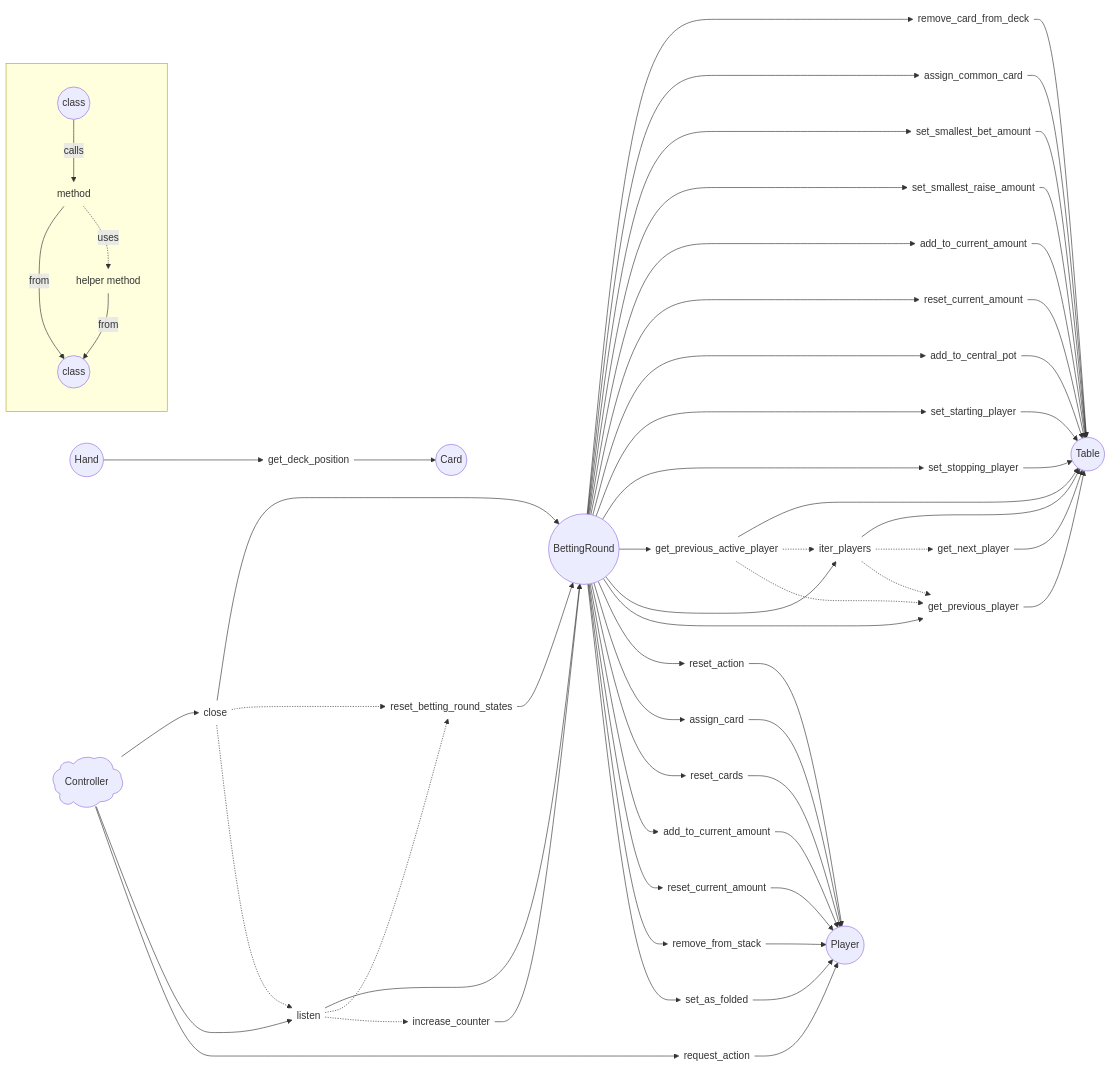
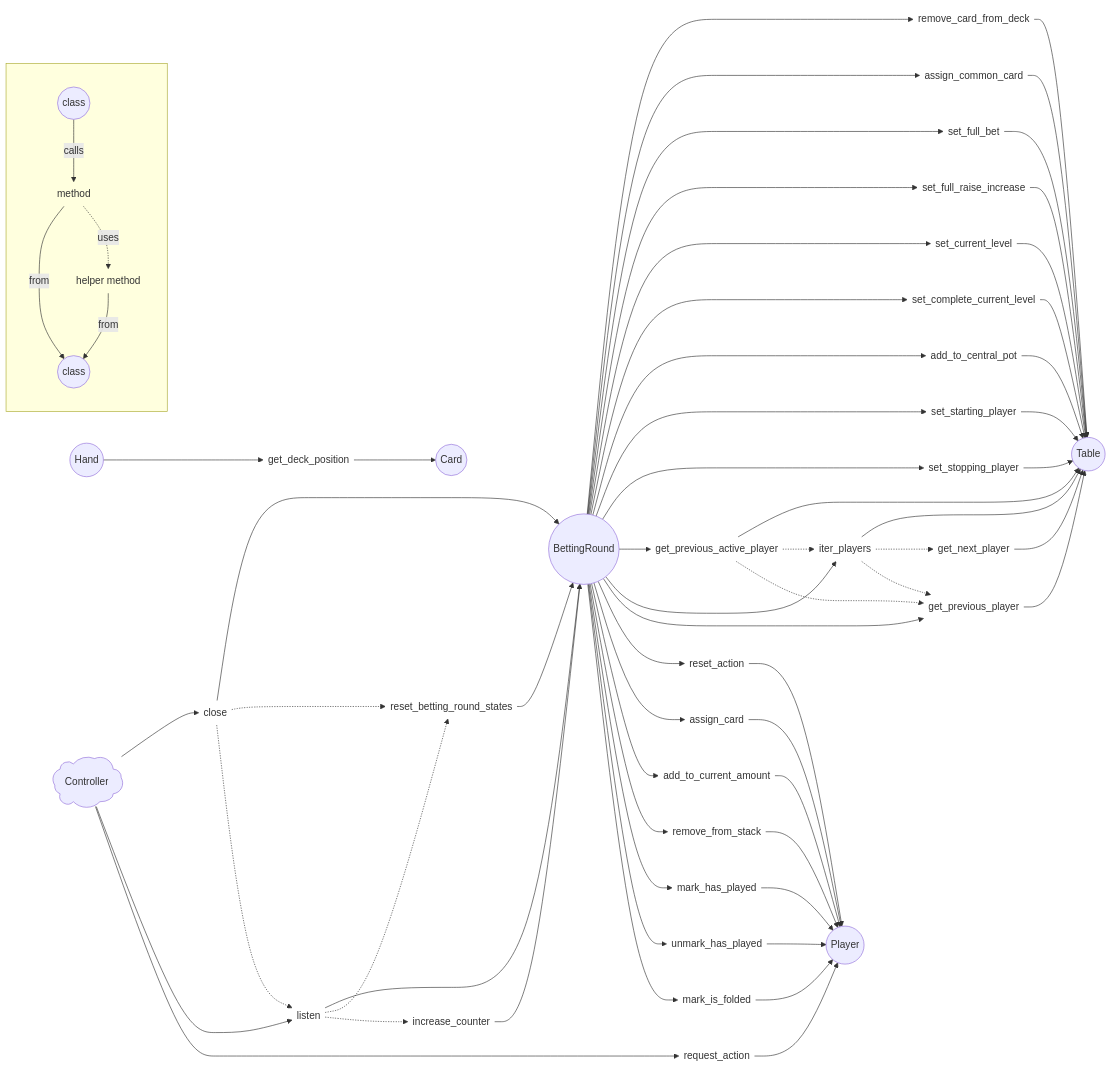
One commit to jorsaland/pokerpy changed the diagram in MODEL.md. Above: the diagram before and after it, drawn with Mermaid.

Commit message:
feat: updated model graph to changes in Player and Table classes

```diff
--- a/MODEL.md
+++ b/MODEL.md
@@ -27,10 +27,10 @@
     T(Table)@{ shape: circle }
     T.remove_card_from_deck(remove_card_from_deck)@{ shape: text } --> T
     T.assign_common_card(assign_common_card)@{ shape: text } --> T
-    T.set_smallest_bet_amount(set_smallest_bet_amount)@{ shape: text } --> T
-    T.set_smallest_raise_amount(set_smallest_raise_amount)@{ shape: text } --> T
-    T.add_to_current_amount(add_to_current_amount)@{ shape: text } --> T
-    T.reset_current_amount(reset_current_amount)@{ shape: text } --> T
+    T.set_full_bet(set_full_bet)@{ shape: text } --> T
+    T.set_full_raise_increase(set_full_raise_increase)@{ shape: text } --> T
+    T.set_current_level(set_current_level)@{ shape: text } --> T
+    T.set_complete_current_level(set_complete_current_level)@{ shape: text } --> T
     T.add_to_central_pot(add_to_central_pot)@{ shape: text } --> T
     T.set_starting_player(set_starting_player)@{ shape: text } --> T
     T.set_stopping_player(set_stopping_player)@{ shape: text } --> T
@@ -45,11 +45,11 @@
     P.request_action(request_action)@{ shape: text } --> P
     P.reset_action(reset_action)@{ shape: text } --> P
     P.assign_card(assign_card)@{ shape: text } --> P
-    P.reset_cards(reset_cards)@{ shape: text } --> P
     P.add_to_current_amount(add_to_current_amount)@{ shape: text } --> P
-    P.reset_current_amount(reset_current_amount)@{ shape: text } --> P
     P.remove_from_stack(remove_from_stack)@{ shape: text } --> P
-    P.set_as_folded(set_as_folded)@{ shape: text } --> P
+    P.mark_has_played(mark_has_played)@{ shape: text } --> P
+    P.unmark_has_played(unmark_has_played)@{ shape: text } --> P
+    P.mark_is_folded(mark_is_folded)@{ shape: text } --> P
 
     H(Hand)@{ shape: circle }
 
@@ -61,27 +61,29 @@
 
     C --> BR.close
     C --> BR.listen
+
     C --> P.request_action
 
     BR --> T.remove_card_from_deck
     BR --> T.assign_common_card
-    BR --> T.set_smallest_bet_amount
-    BR --> T.set_smallest_raise_amount
-    BR --> T.add_to_current_amount
-    BR --> T.reset_current_amount
+    BR --> T.set_full_bet
+    BR --> T.set_full_raise_increase
+    BR --> T.set_current_level
+    BR --> T.set_complete_current_level
     BR --> T.add_to_central_pot
     BR --> T.set_starting_player
     BR --> T.set_stopping_player
     BR --> T.get_previous_active_player
     BR --> T.iter_players
     BR --> T.get_previous_player
+
     BR --> P.reset_action
     BR --> P.assign_card
-    BR --> P.reset_cards
     BR --> P.add_to_current_amount
-    BR --> P.reset_current_amount
     BR --> P.remove_from_stack
-    BR --> P.set_as_folded
+    BR --> P.mark_has_played
+    BR --> P.unmark_has_played
+    BR --> P.mark_is_folded
 
     H ---> Cd.get_deck_position
 
```
